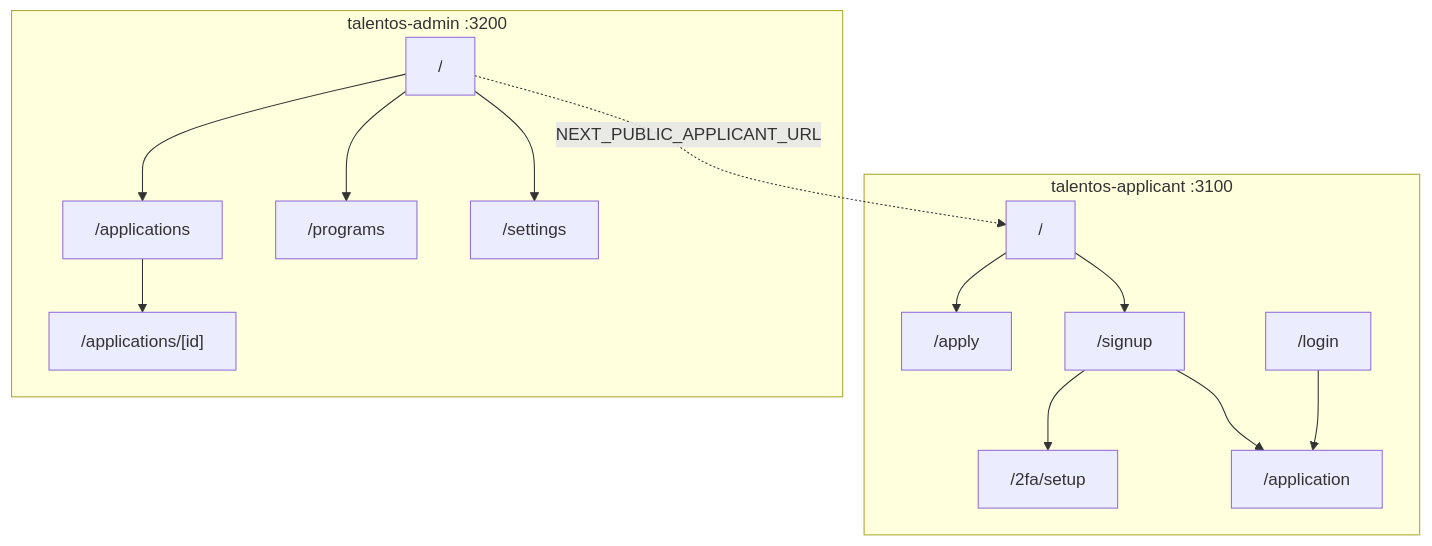
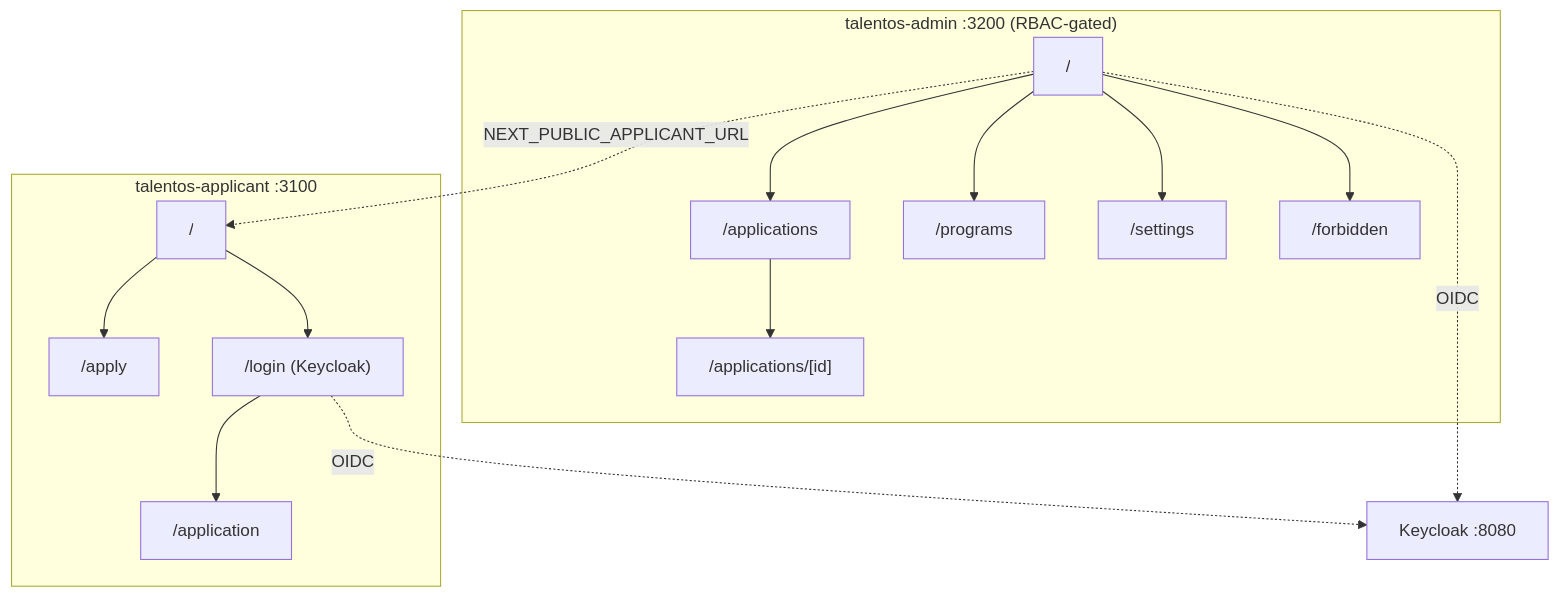
One commit to karimjindani/talentOS changed the third of 3 diagrams in docs/Architecture.md. Above: the diagram before and after it, drawn with Mermaid. The commit also changed other lines of this file and 47 other files, not shown here.

````diff
--- a/docs/Architecture.md
+++ b/docs/Architecture.md
@@ -79,17 +82,18 @@
 ```mermaid
 flowchart TD
     subgraph Applicant["talentos-applicant :3100"]
       Landing["/"] --> Apply["/apply"]
-      Landing --> Signup["/signup"]
-      Signup --> TwoFA["/2fa/setup"]
-      Signup --> Application["/application"]
-      Login["/login"] --> Application
+      Landing --> Login["/login (Keycloak)"]
+      Login --> Application["/application"]
     end
-    subgraph AdminC["talentos-admin :3200"]
+    Login -. OIDC .-> KC["Keycloak :8080"]
+    subgraph AdminC["talentos-admin :3200 (RBAC-gated)"]
       AdminHome["/"] --> Applications["/applications"]
       Applications --> Detail["/applications/[id]"]
       AdminHome --> Programs["/programs"]
       AdminHome --> Settings["/settings"]
+      AdminHome --> Forbidden["/forbidden"]
     end
+    AdminHome -. OIDC .-> KC
     AdminHome -. NEXT_PUBLIC_APPLICANT_URL .-> Landing
 ```
````
